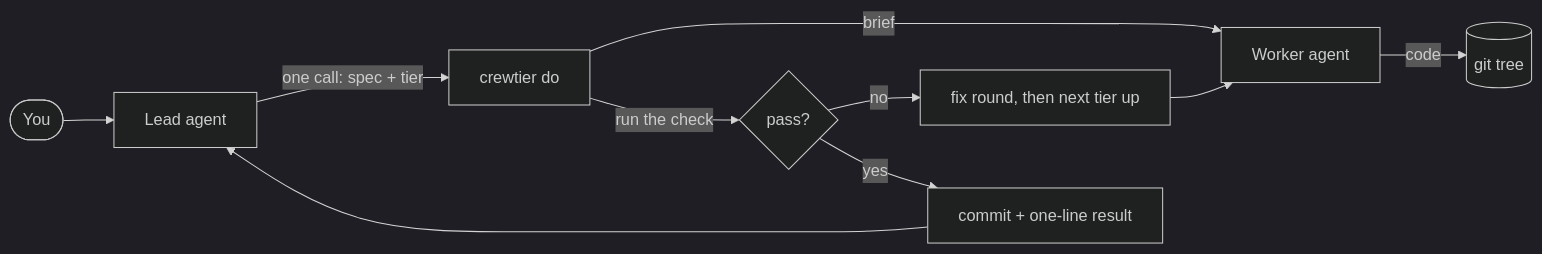
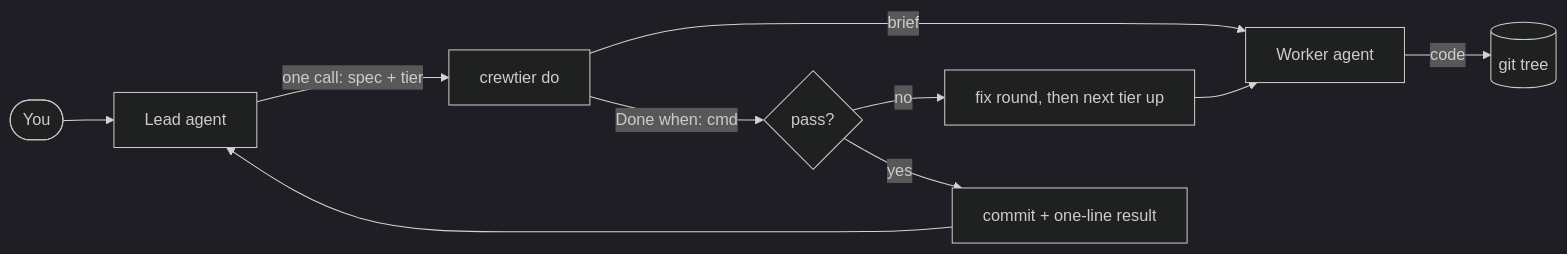
Before and after one commit to noxhsxrk/crewtier: the diagram in README.md, drawn with Mermaid (dark theme). The commit also changed other lines of this file and 10 other files, not shown here.

First line of the commit message:
Bench counts code lines only; README rewritten with animated charts

````diff
--- a/README.md
+++ b/README.md
@@ -80,12 +124,12 @@
 ```mermaid
 flowchart LR
     U([You]) --> L[Lead agent]
     L -->|one call: spec + tier| D[crewtier do]
     D -->|brief| W[Worker agent]
     W -->|code| G[(git tree)]
-    D -->|run the check| T{pass?}
+    D -->|Done when: cmd| T{pass?}
     T -->|no| F[fix round, then next tier up]
     F --> W
     T -->|yes| C[commit + one-line result]
     C --> L
 ```
````
